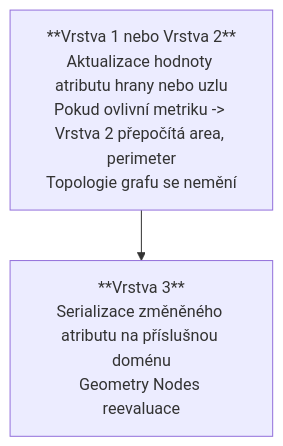
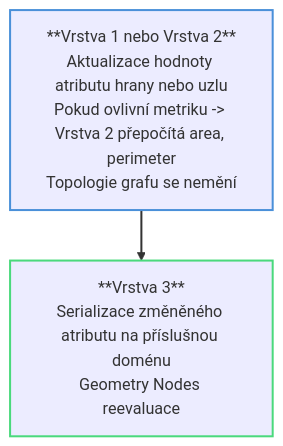
Before and after one commit to TheGingeros/floorplanmaster: the third of 3 diagrams in docs/sections/03_Design/01_architecture_data_flow.md, drawn with Mermaid. The commit also changed other lines of this file and 2 other files, not shown here.

First line of the commit message:
diagram color theme change

````diff
--- a/docs/sections/03_Design/01_architecture_data_flow.md
+++ b/docs/sections/03_Design/01_architecture_data_flow.md
@@ -30,7 +40,11 @@
 ```mermaid
 flowchart TD
-    V12["**Vrstva 1 nebo Vrstva 2**<br/>Aktualizace hodnoty atributu hrany nebo uzlu<br/>Pokud ovlivní metriku -> Vrstva 2 přepočítá area, perimeter<br/>Topologie grafu se nemění"]
-    V3["**Vrstva 3**<br/>Serializace změněného atributu na příslušnou doménu<br/>Geometry Nodes reevaluace"]
+    V12["**Vrstva 1 nebo Vrstva 2**<br/>Aktualizace hodnoty atributu hrany nebo uzlu<br/>Pokud ovlivní metriku -> Vrstva 2 přepočítá area, perimeter<br/>Topologie grafu se nemění"]:::v12
+    V3["**Vrstva 3**<br/>Serializace změněného atributu na příslušnou doménu<br/>Geometry Nodes reevaluace"]:::v3
 
     V12 --> V3
+
+    classDef v12 stroke:#4a90d9,stroke-width:2px
+    classDef v3  stroke:#4ad97c,stroke-width:2px
+    linkStyle default stroke-width:2px
 ```
````
